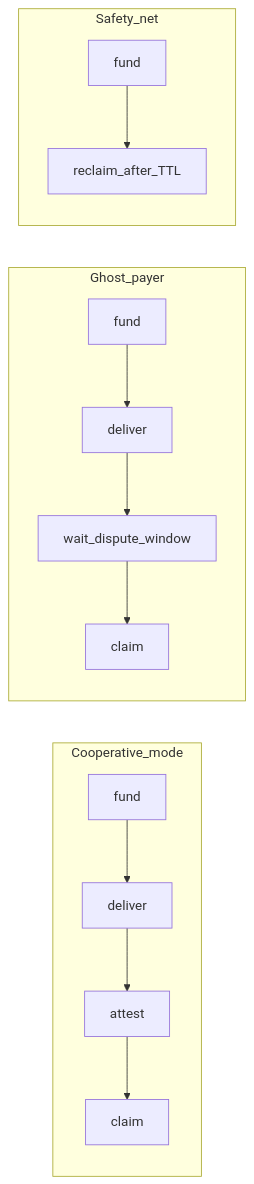
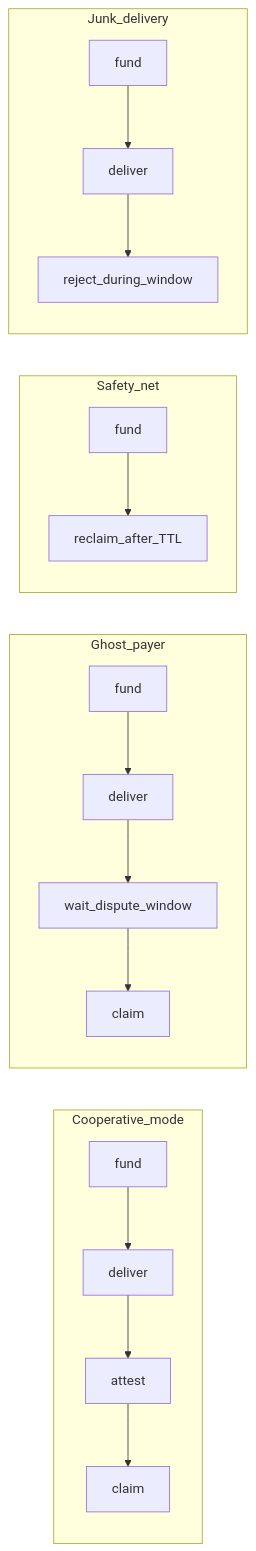
One commit to shery8595/Pharos-Settle changed the first of 3 diagrams in docs/PHASES.md. Above: the diagram before and after it, drawn with Mermaid. The commit also changed other lines of this file and 49 other files, not shown here.

First line of the commit message:
Add rejectDelivery junk protection and Atlantic v1.1.1 redeploy.

````diff
--- a/docs/PHASES.md
+++ b/docs/PHASES.md
@@ -58,16 +58,20 @@
 ```mermaid
 flowchart LR
   subgraph cooperative [Cooperative_mode]
     F1[fund] --> D1[deliver]
     D1 --> A1[attest]
     A1 --> C1[claim]
   end
   subgraph ghostPayer [Ghost_payer]
     F2[fund] --> D2[deliver]
     D2 --> W[wait_dispute_window]
     W --> C2[claim]
   end
   subgraph ghostPayee [Safety_net]
     F3[fund] --> R[reclaim_after_TTL]
   end
+  subgraph junkDelivery [Junk_delivery]
+    F4[fund] --> D4[deliver]
+    D4 --> RJ[reject_during_window]
+  end
 ```
````
